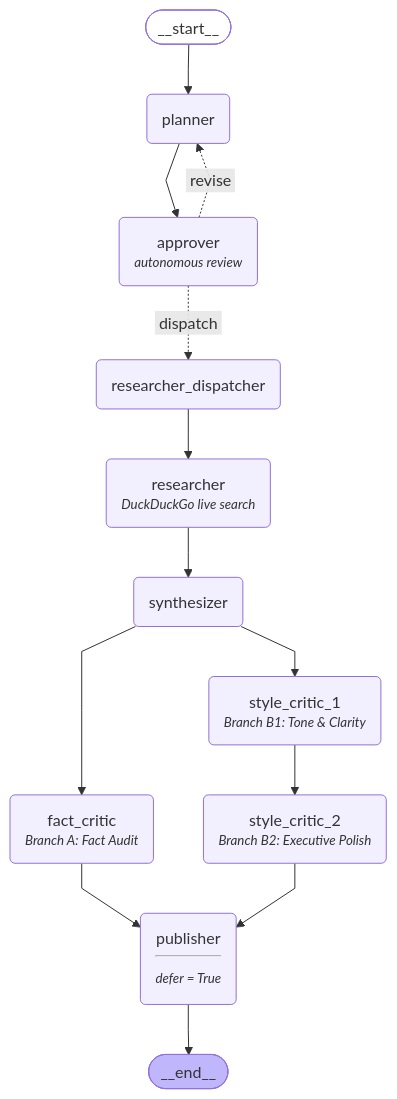
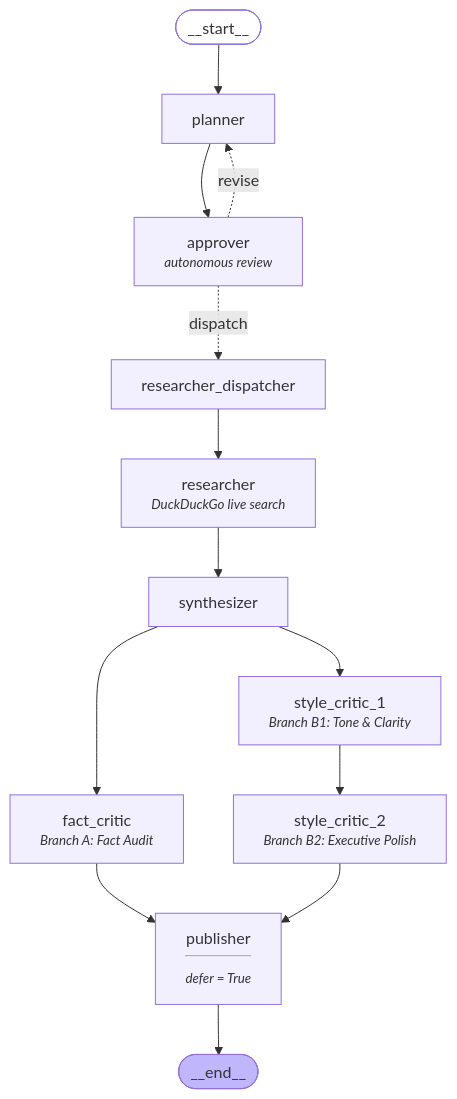
Before and after one commit to ambideXtrous9/Langchain-Langgraph-Notebooks: the sixth of 14 diagrams in README.md, drawn with Mermaid. The commit also changed other lines of this file, not shown here.

First line of the commit message:
fix(docs): fix Mermaid diagram syntax errors in stock analysis and research graphs

````diff
--- a/README.md
+++ b/README.md
@@ -561,40 +561,35 @@
 ```mermaid
----
-config:
-  flowchart:
-    curve: linear
----
 graph TD;
-	__start__([<p>__start__</p>]):::first
-	planner(planner)
-	approver(approver<br/><small><em>autonomous review</em></small>)
-	researcher_dispatcher(researcher_dispatcher)
-	researcher(researcher<br/><small><em>DuckDuckGo live search</em></small>)
-	synthesizer(synthesizer)
-	fact_critic(fact_critic<br/><small><em>Branch A: Fact Audit</em></small>)
-	style_critic_1(style_critic_1<br/><small><em>Branch B1: Tone & Clarity</em></small>)
-	style_critic_2(style_critic_2<br/><small><em>Branch B2: Executive Polish</em></small>)
-	publisher(publisher<hr/><small><em>defer = True</em></small>)
-	__end__([<p>__end__</p>]):::last
+	__start__(["__start__"]):::first
+	planner["planner"]
+	approver["approver<br/><small><em>autonomous review</em></small>"]
+	researcher_dispatcher["researcher_dispatcher"]
+	researcher["researcher<br/><small><em>DuckDuckGo live search</em></small>"]
+	synthesizer["synthesizer"]
+	fact_critic["fact_critic<br/><small><em>Branch A: Fact Audit</em></small>"]
+	style_critic_1["style_critic_1<br/><small><em>Branch B1: Tone & Clarity</em></small>"]
+	style_critic_2["style_critic_2<br/><small><em>Branch B2: Executive Polish</em></small>"]
+	publisher["publisher<hr/><small><em>defer = True</em></small>"]
+	__end__(["__end__"]):::last
 	
 	__start__ --> planner;
 	planner --> approver;
-	approver -. &nbsp;revise&nbsp; .-> planner;
-	approver -. &nbsp;dispatch&nbsp; .-> researcher_dispatcher;
+	approver -. "revise" .-> planner;
+	approver -. "dispatch" .-> researcher_dispatcher;
 	researcher_dispatcher --> researcher;
 	researcher --> synthesizer;
 	
 	%% Parallel Fan-Out
 	synthesizer --> fact_critic;
 	synthesizer --> style_critic_1;
 	style_critic_1 --> style_critic_2;
 	
 	%% Fan-In with defer=True
 	fact_critic --> publisher;
 	style_critic_2 --> publisher;
 	publisher --> __end__;
 	
 	classDef default fill:#f2f0ff,line-height:1.2
 	classDef first fill-opacity:0
 	classDef last fill:#bfb6fc
 ```
````
